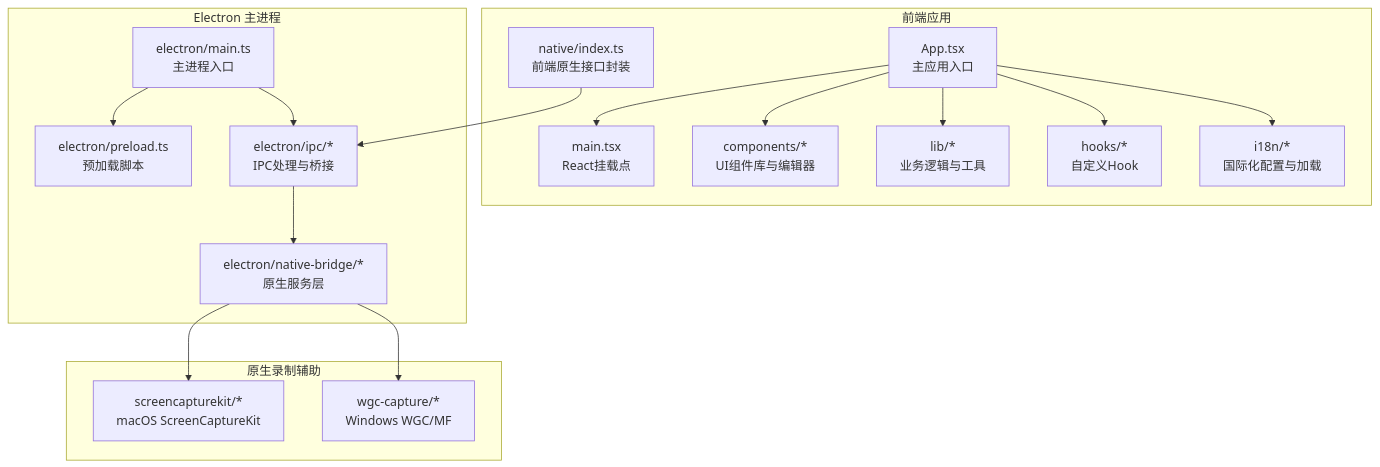
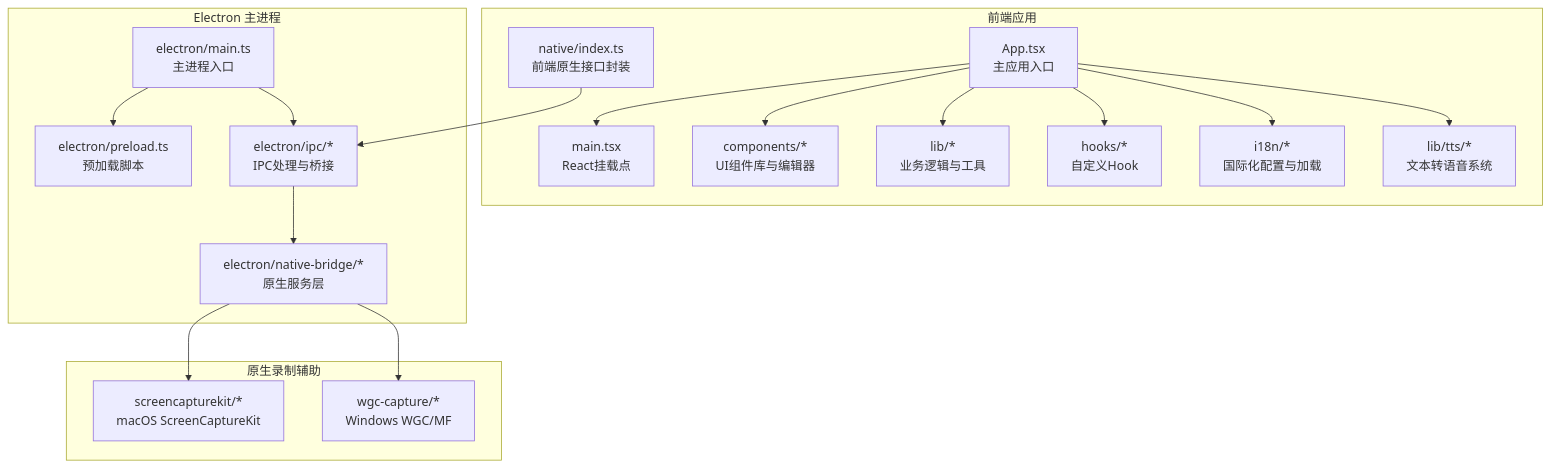
One commit to zhanggmin/openscreen changed the first of 9 diagrams in .qoder/repowiki/zh/content/开发者指南.md. Above: the diagram before and after it, drawn with Mermaid. The commit also changed other lines of this file and 68 other files, not shown here.

Commit message:
开发图文编辑功能

````diff
--- a/.qoder/repowiki/zh/content/开发者指南.md
+++ b/.qoder/repowiki/zh/content/开发者指南.md
@@ -82,33 +99,35 @@
 ```mermaid
 graph TB
 subgraph "前端应用"
 FE_App["App.tsx<br/>主应用入口"]
 FE_Main["main.tsx<br/>React挂载点"]
 FE_Native["native/index.ts<br/>前端原生接口封装"]
 FE_Comps["components/*<br/>UI组件库与编辑器"]
 FE_Lib["lib/*<br/>业务逻辑与工具"]
 FE_Hooks["hooks/*<br/>自定义Hook"]
 FE_I18N["i18n/*<br/>国际化配置与加载"]
+FE_TTS["lib/tts/*<br/>文本转语音系统"]
 end
 subgraph "Electron 主进程"
 EM_Main["electron/main.ts<br/>主进程入口"]
 EM_Preload["electron/preload.ts<br/>预加载脚本"]
 EM_IPC["electron/ipc/*<br/>IPC处理与桥接"]
 EM_NBridge["electron/native-bridge/*<br/>原生服务层"]
 end
 subgraph "原生录制辅助"
 Native_Mac["screencapturekit/*<br/>macOS ScreenCaptureKit"]
 Native_Win["wgc-capture/*<br/>Windows WGC/MF"]
 end
 FE_App --> FE_Main
 FE_App --> FE_Comps
 FE_App --> FE_Lib
 FE_App --> FE_Hooks
 FE_App --> FE_I18N
+FE_App --> FE_TTS
 FE_Native --> EM_IPC
 EM_Main --> EM_Preload
 EM_Main --> EM_IPC
 EM_IPC --> EM_NBridge
 EM_NBridge --> Native_Mac
 EM_NBridge --> Native_Win
 ```
````
